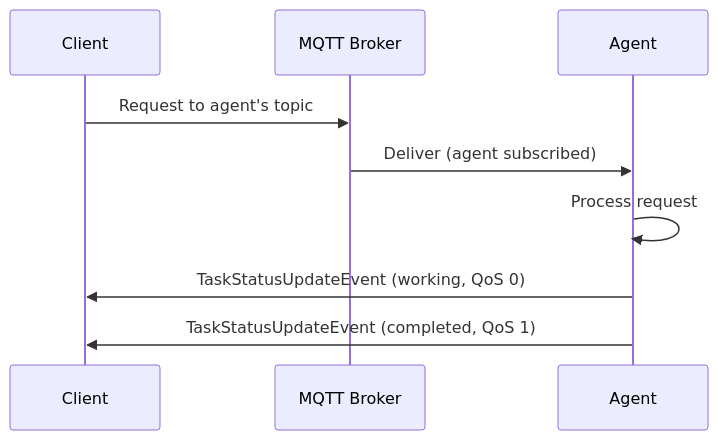
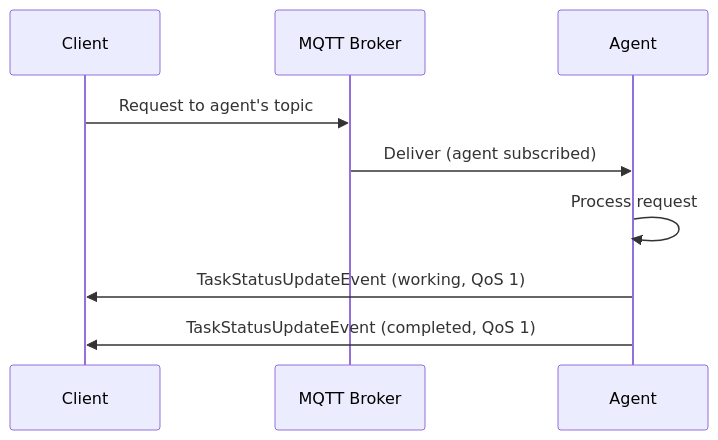
The first of 4 diagrams in docs/architecture.md (id/skitter), drawn with Mermaid before and after one commit. The commit also changed other lines of this file and 12 other files, not shown here.

````diff
--- a/docs/architecture.md
+++ b/docs/architecture.md
@@ -52,12 +52,12 @@
 ```mermaid
 sequenceDiagram
     participant C as Client
     participant B as MQTT Broker
     participant A as Agent
 
     C->>B: Request to agent's topic
     B->>A: Deliver (agent subscribed)
     A->>A: Process request
-    A->>C: TaskStatusUpdateEvent (working, QoS 0)
+    A->>C: TaskStatusUpdateEvent (working, QoS 1)
     A->>C: TaskStatusUpdateEvent (completed, QoS 1)
 ```
````
